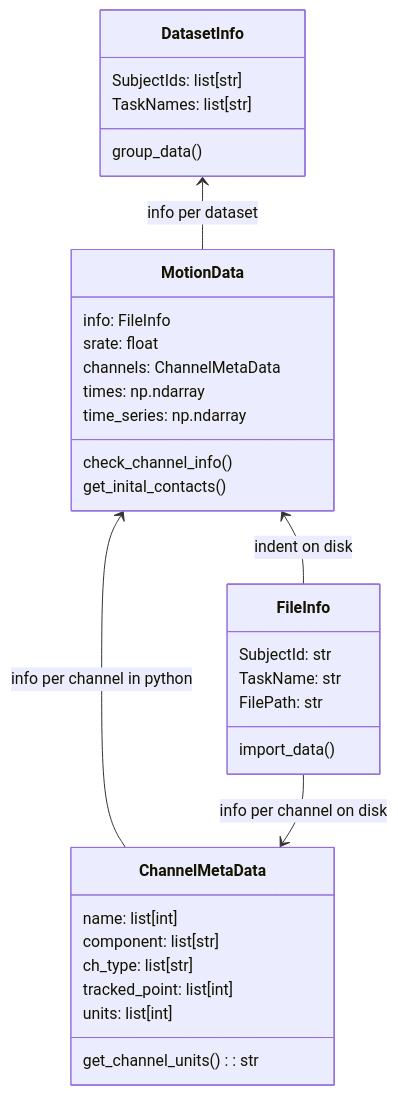
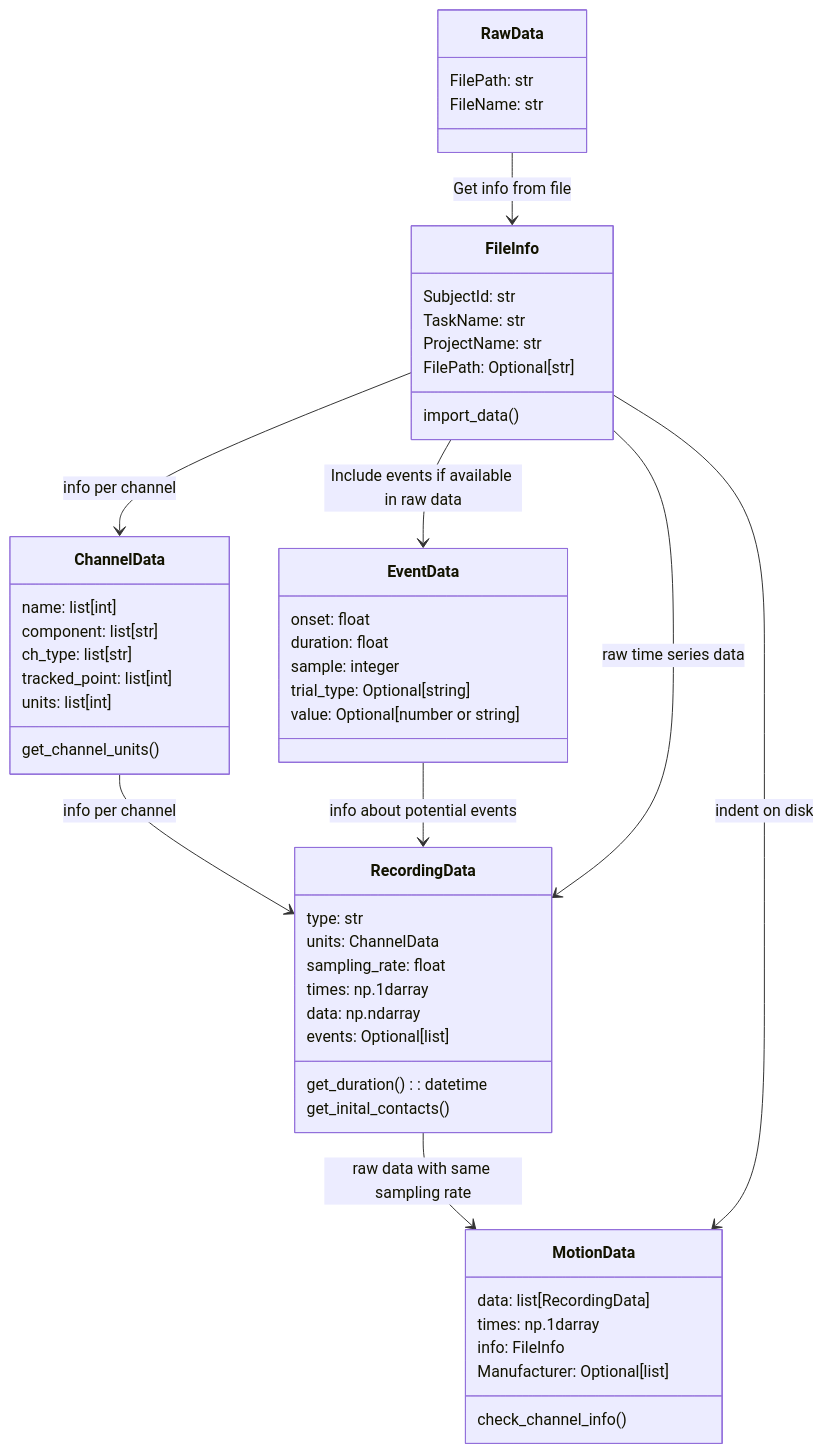
Before and after one commit to neurogeriatricskiel/KielMAT: the diagram in README.md, drawn with Mermaid. The commit also changed other lines of this file, not shown here.

Commit message:
update dataclass description

````diff
--- a/README.md
+++ b/README.md
@@ -35,39 +35,60 @@
 ```mermaid
 classDiagram
-    class MotionData {
-        info: FileInfo
-        srate: float
-        channels: ChannelMetaData
-        times: np.ndarray
-        time_series: np.ndarray
-        check_channel_info()
-        get_inital_contacts()
+    class RawData {
+        FilePath: str
+        FileName: str
     }
 
     class FileInfo {
         SubjectId: str
         TaskName: str
-        FilePath: str
+        ProjectName: str
+        FilePath: Optional[str]
         import_data()
     }
 
-    class ChannelMetaData {
+    class ChannelData {
         name: list[int]
         component: list[str]
         ch_type: list[str]
         tracked_point: list[int]
         units: list[int]
-        get_channel_units(): str
+        get_channel_units()
     }
 
-    class DatasetInfo {
-        SubjectIds: list[str]
-        TaskNames: list[str]
-        group_data()
+    class EventData {
+        onset: float
+        duration: float
+        sample: integer
+        trial_type: Optional[string]
+        value: Optional[number or string]
     }
 
-    MotionData <-- FileInfo: indent on disk
-    MotionData <-- ChannelMetaData: info per channel in python
-    DatasetInfo <-- MotionData: info per dataset
-    FileInfo --> ChannelMetaData: info per channel on disk
+    class RecordingData {
+        type: str
+        units: ChannelData
+        sampling_rate: float
+        times: np.1darray
+        data: np.ndarray
+        events: Optional[list]
+        get_duration(): datetime
+        get_inital_contacts()
+    }
+
+    class MotionData {
+        data: list[RecordingData]
+        times: np.1darray 
+        info: FileInfo
+        Manufacturer: Optional[list]
+        check_channel_info()
+    }
+
+    RecordingData --> MotionData: raw data with same sampling rate
+    ChannelData --> RecordingData: info per channel
+    EventData --> RecordingData: info about potential events
+    FileInfo --> MotionData: indent on disk
+    FileInfo --> ChannelData: info per channel 
+    FileInfo --> RecordingData: raw time series data
+    FileInfo --> EventData: Include events if available in raw data
+    RawData --> FileInfo: Get info from file
 ```
````
